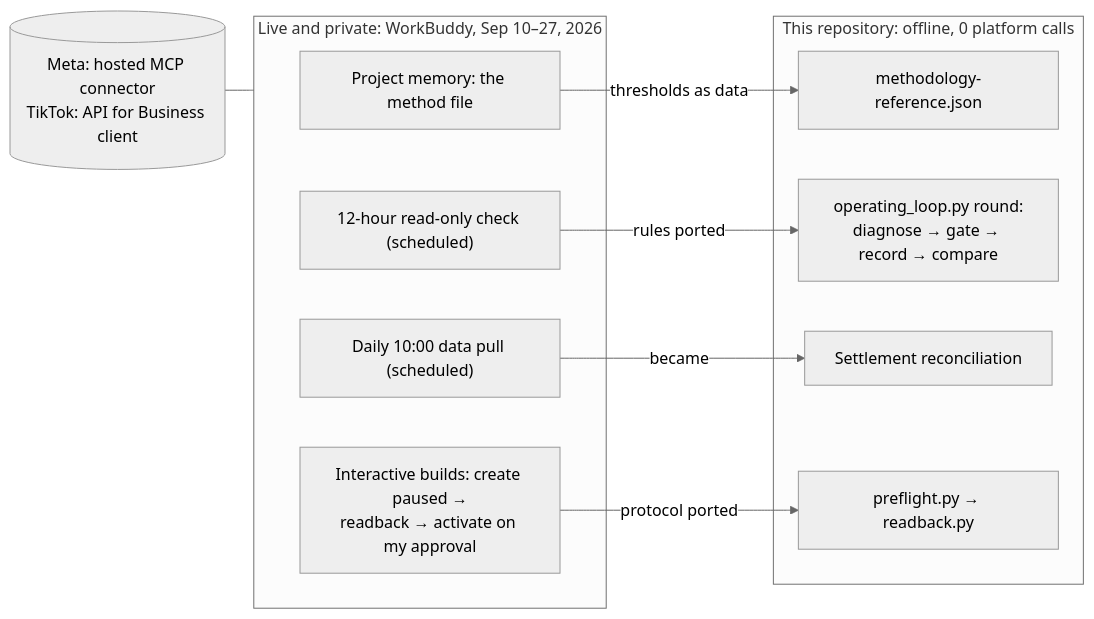
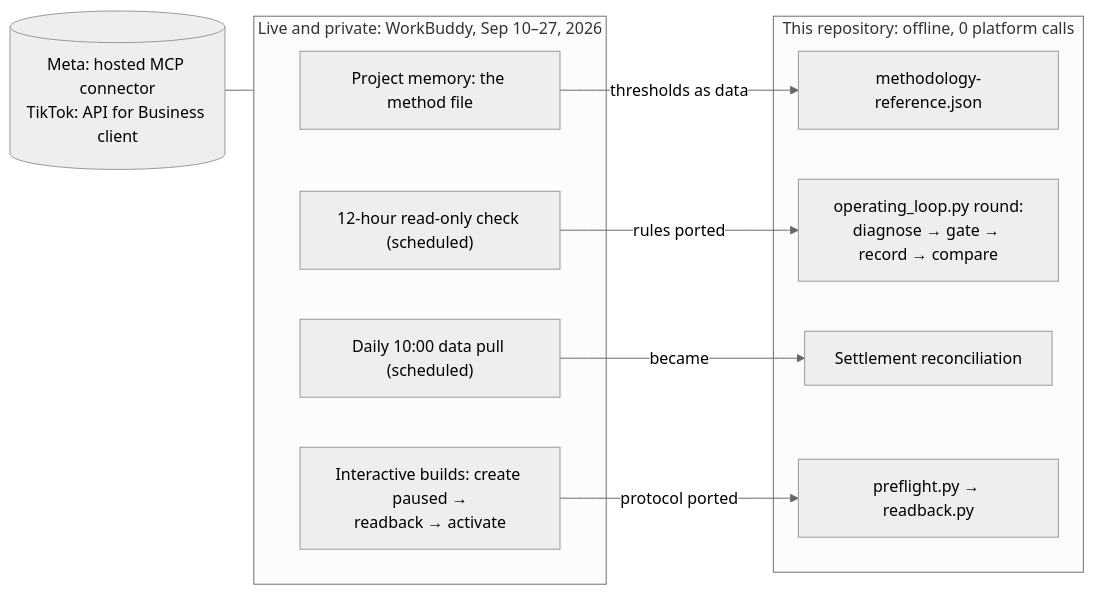
One commit to creator2000212-crypto/ad-ops-agent changed the second of 2 diagrams in README.md. Above: the diagram before and after it, drawn with Mermaid (neutral theme). The commit also changed other lines of this file and 77 other files, not shown here.

````diff
--- a/README.md
+++ b/README.md
@@ -110,20 +105,20 @@
 ```mermaid
 flowchart LR
     conn[("Meta: hosted MCP connector<br/>TikTok: API for Business client")] --- live
     subgraph live["Live and private: WorkBuddy, Sep 10–27, 2026"]
         mem["Project memory: the method file"]
         check["12-hour read-only check (scheduled)"]
         pull["Daily 10:00 data pull (scheduled)"]
-        build["Interactive builds: create paused →<br/>readback → activate on my approval"]
+        build["Interactive builds: create paused →<br/>readback → activate"]
     end
     subgraph repo["This repository: offline, 0 platform calls"]
         meth["methodology-reference.json"]
         round["operating_loop.py round:<br/>diagnose → gate → record → compare"]
         recon["Settlement reconciliation"]
         qa["preflight.py → readback.py"]
     end
     mem -- thresholds as data --> meth
     check -- rules ported --> round
     pull -- became --> recon
     build -- protocol ported --> qa
 ```
````
